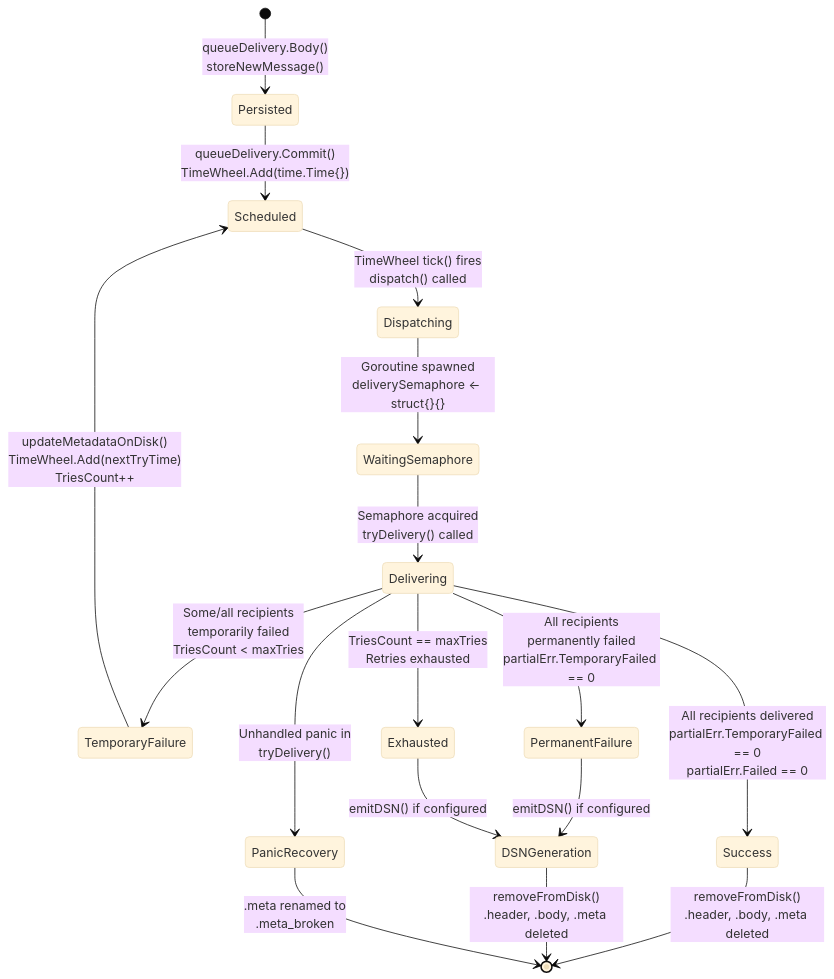
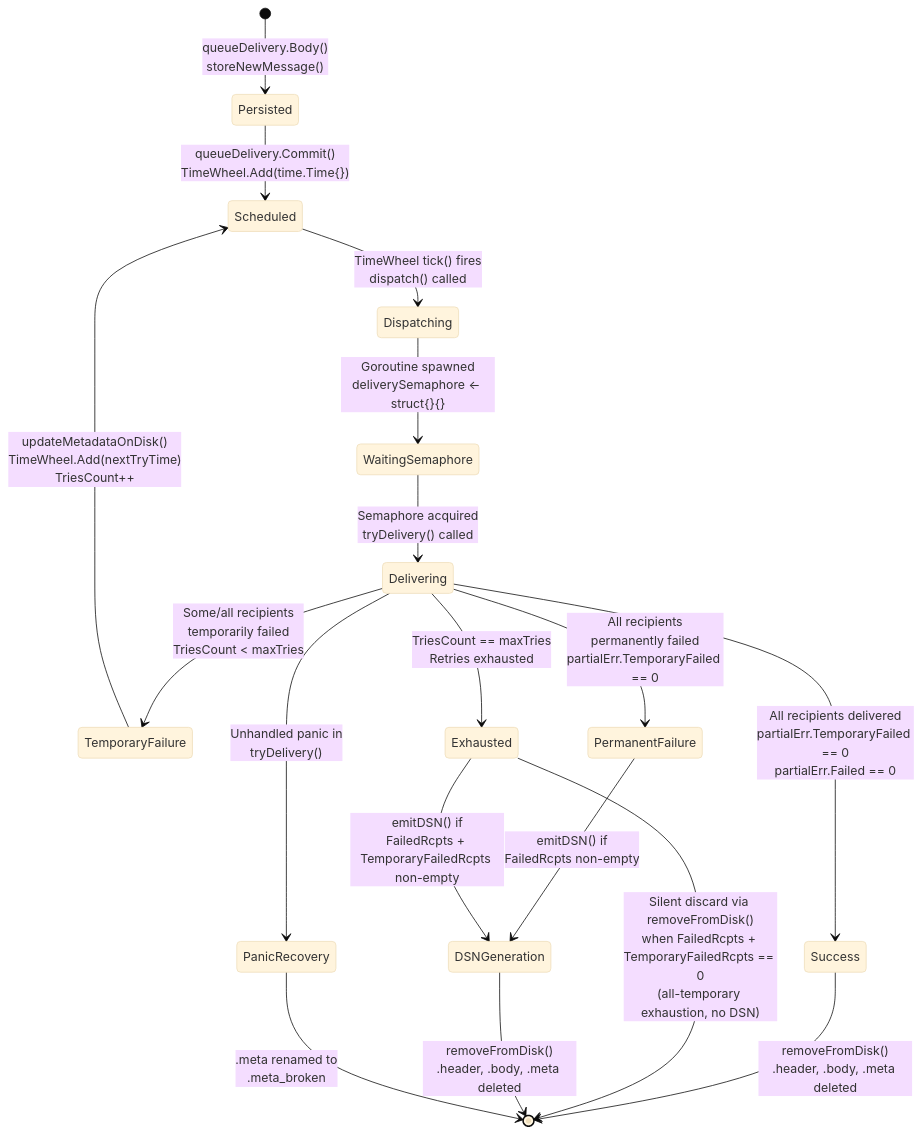
One commit to blitzy-research/maddy changed the fifth of 5 diagrams in blitzy/documentation/maddy.md. Above: the diagram before and after it, drawn with Mermaid (base theme). The commit also changed other lines of this file, not shown here.

````diff
--- a/blitzy/documentation/maddy.md
+++ b/blitzy/documentation/maddy.md
@@ -1224,34 +1230,36 @@
 ```mermaid
 stateDiagram-v2
     [*] --> Persisted: queueDelivery.Body()<br/>storeNewMessage()
 
     Persisted --> Scheduled: queueDelivery.Commit()<br/>TimeWheel.Add(time.Time{})
 
     Scheduled --> Dispatching: TimeWheel tick() fires<br/>dispatch() called
 
     Dispatching --> WaitingSemaphore: Goroutine spawned<br/>deliverySemaphore ← struct{}{}
 
     WaitingSemaphore --> Delivering: Semaphore acquired<br/>tryDelivery() called
 
     Delivering --> Success: All recipients delivered<br/>partialErr.TemporaryFailed == 0<br/>partialErr.Failed == 0
 
     Delivering --> TemporaryFailure: Some/all recipients<br/>temporarily failed<br/>TriesCount < maxTries
 
     Delivering --> PermanentFailure: All recipients<br/>permanently failed<br/>partialErr.TemporaryFailed == 0
 
     Delivering --> Exhausted: TriesCount == maxTries<br/>Retries exhausted
 
     TemporaryFailure --> Scheduled: updateMetadataOnDisk()<br/>TimeWheel.Add(nextTryTime)<br/>TriesCount++
 
     Success --> [*]: removeFromDisk()<br/>.header, .body, .meta deleted
 
-    PermanentFailure --> DSNGeneration: emitDSN() if configured
+    PermanentFailure --> DSNGeneration: emitDSN() if<br/>FailedRcpts non-empty
 
-    Exhausted --> DSNGeneration: emitDSN() if configured
+    Exhausted --> DSNGeneration: emitDSN() if<br/>FailedRcpts + TemporaryFailedRcpts non-empty
+
+    Exhausted --> [*]: Silent discard via removeFromDisk()<br/>when FailedRcpts + TemporaryFailedRcpts == 0<br/>(all-temporary exhaustion, no DSN)
 
     DSNGeneration --> [*]: removeFromDisk()<br/>.header, .body, .meta deleted
 
     Delivering --> PanicRecovery: Unhandled panic in<br/>tryDelivery()
 
     PanicRecovery --> [*]: .meta renamed to<br/>.meta_broken
 ```
````
